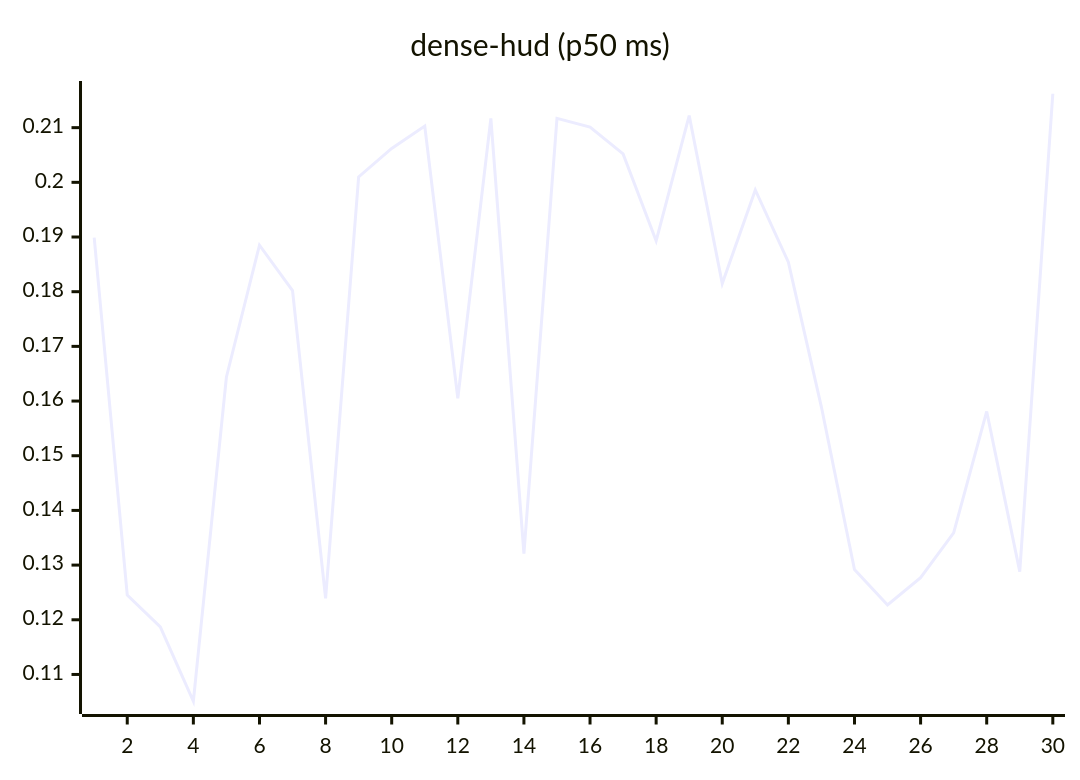
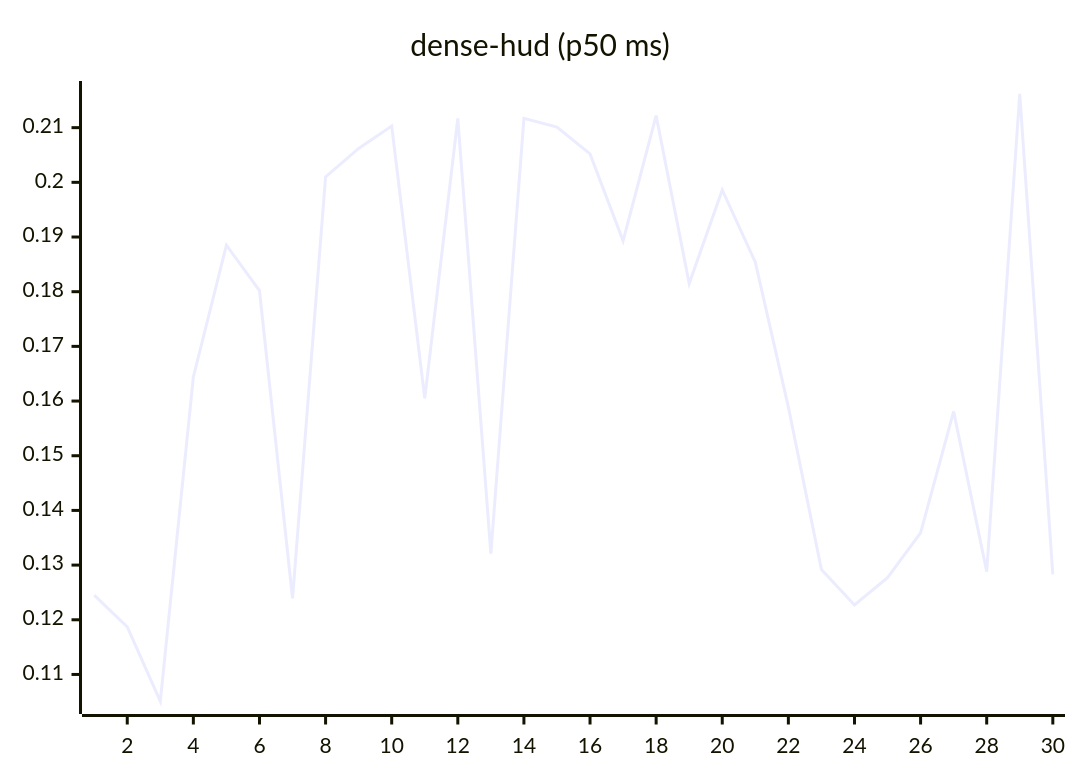
One commit to josha/Facet changed the eighth of 27 diagrams in README.md. Above: the diagram before and after it, drawn with Mermaid. The commit also changed other lines of this file and 2 other files, not shown here.

````diff
--- a/README.md
+++ b/README.md
@@ -112,6 +112,6 @@
 ```mermaid
 xychart-beta
     title "dense-hud (p50 ms)"
     x-axis 1 --> 30
-    line [0.1899, 0.1245, 0.1187, 0.1051, 0.1644, 0.1885, 0.1802, 0.1239, 0.2010, 0.2062, 0.2103, 0.1605, 0.2117, 0.1321, 0.2117, 0.2101, 0.2052, 0.1893, 0.2122, 0.1815, 0.1986, 0.1854, 0.1589, 0.1292, 0.1227, 0.1277, 0.1359, 0.1581, 0.1288, 0.2162]
+    line [0.1245, 0.1187, 0.1051, 0.1644, 0.1885, 0.1802, 0.1239, 0.2010, 0.2062, 0.2103, 0.1605, 0.2117, 0.1321, 0.2117, 0.2101, 0.2052, 0.1893, 0.2122, 0.1815, 0.1986, 0.1854, 0.1589, 0.1292, 0.1227, 0.1277, 0.1359, 0.1581, 0.1288, 0.2162, 0.1283]
 ```
````
